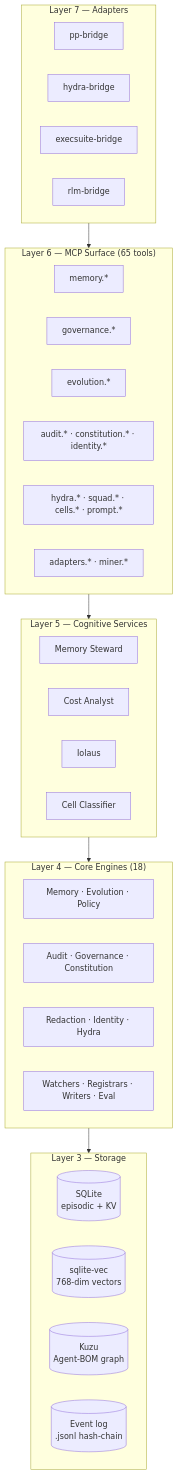
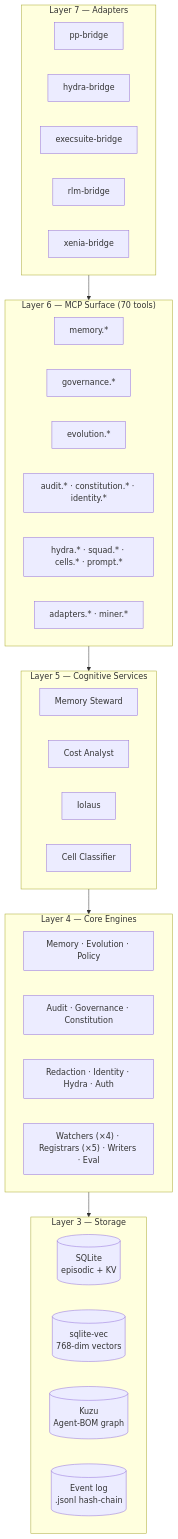
The second of 5 diagrams in README.md (lebobo88/TheEights), drawn with Mermaid before and after one commit. The commit also changed other lines of this file and 5 other files, not shown here.

First line of the commit message:
docs: accuracy + completeness pass (Xenia 5th consumer, auth, AgentMesh, tool count)

````diff
--- a/README.md
+++ b/README.md
@@ -62,44 +64,45 @@
 ```mermaid
 graph TD
     subgraph L7["Layer 7 — Adapters"]
         A1["pp-bridge"]
         A2["hydra-bridge"]
         A3["execsuite-bridge"]
         A4["rlm-bridge"]
+        A5["xenia-bridge"]
     end
 
-    subgraph L6["Layer 6 — MCP Surface (65 tools)"]
+    subgraph L6["Layer 6 — MCP Surface (70 tools)"]
         T1["memory.*"]
         T2["governance.*"]
         T3["evolution.*"]
         T4["audit.* · constitution.* · identity.*"]
         T5["hydra.* · squad.* · cells.* · prompt.*"]
         T6["adapters.* · miner.*"]
     end
 
     subgraph L5["Layer 5 — Cognitive Services"]
         C1["Memory Steward"]
         C2["Cost Analyst"]
         C3["Iolaus"]
         C4["Cell Classifier"]
     end
 
-    subgraph L4["Layer 4 — Core Engines (18)"]
+    subgraph L4["Layer 4 — Core Engines"]
         E1["Memory · Evolution · Policy"]
         E2["Audit · Governance · Constitution"]
-        E3["Redaction · Identity · Hydra"]
-        E4["Watchers · Registrars · Writers · Eval"]
+        E3["Redaction · Identity · Hydra · Auth"]
+        E4["Watchers (×4) · Registrars (×5) · Writers · Eval"]
     end
 
     subgraph L3["Layer 3 — Storage"]
         S1[("SQLite\nepisodic + KV")]
         S2[("sqlite-vec\n768-dim vectors")]
         S3[("Kuzu\nAgent-BOM graph")]
         S4[("Event log\n.jsonl hash-chain")]
     end
 
     L7 --> L6
     L6 --> L5
     L5 --> L4
     L4 --> L3
 ```
````
